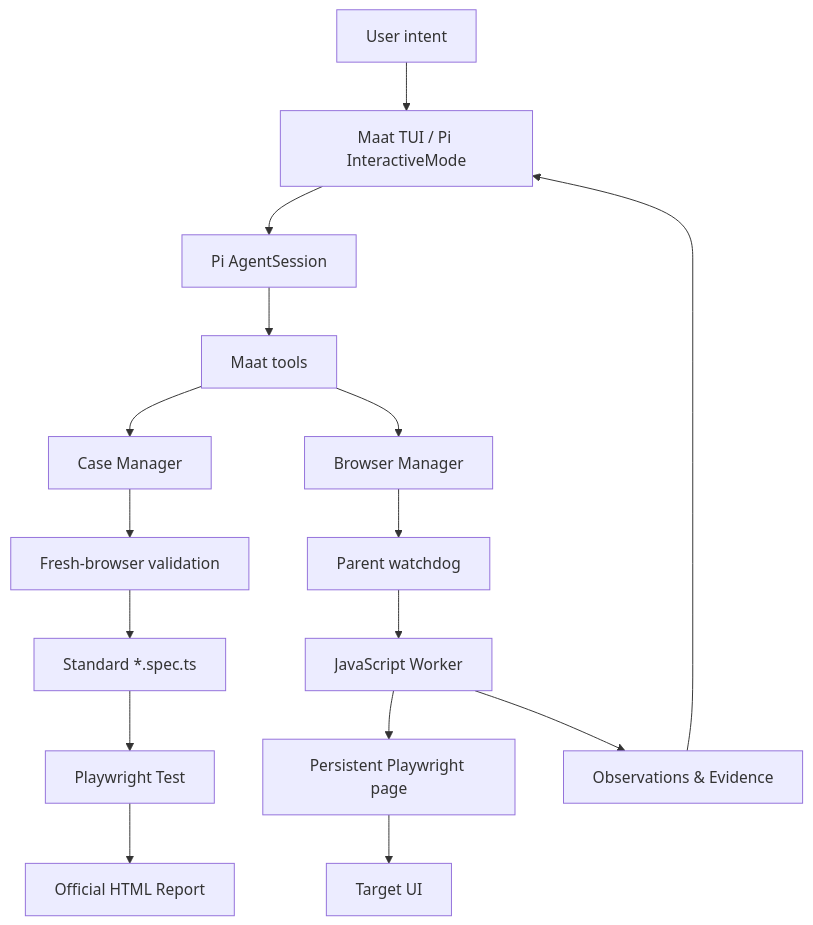
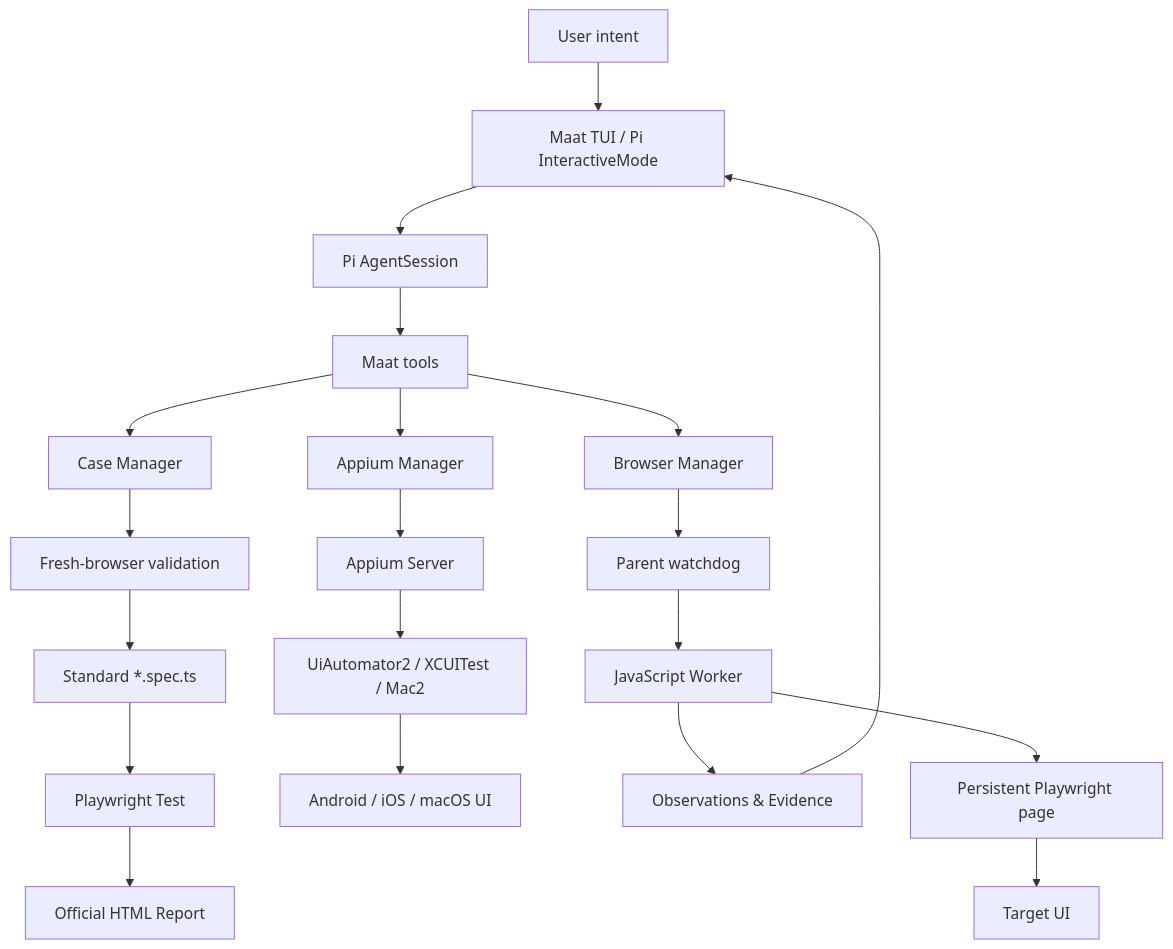
The second of 2 diagrams in README.md (houlianpi/Maat), drawn with Mermaid before and after one commit. The commit also changed other lines of this file and 21 other files, not shown here.

Commit message:
feat: add Appium native UI adapter

````diff
--- a/README.md
+++ b/README.md
@@ -247,18 +290,22 @@
 ```mermaid
 flowchart TD
     User[User intent] --> TUI[Maat TUI / Pi InteractiveMode]
     TUI --> Session[Pi AgentSession]
     Session --> Tools[Maat tools]
     Tools --> CaseManager[Case Manager]
     Tools --> BrowserManager[Browser Manager]
+    Tools --> AppiumManager[Appium Manager]
     BrowserManager --> Parent[Parent watchdog]
     Parent --> Worker[JavaScript Worker]
     Worker --> Playwright[Persistent Playwright page]
     Playwright --> UI[Target UI]
+    AppiumManager --> AppiumServer[Appium Server]
+    AppiumServer --> Drivers[UiAutomator2 / XCUITest / Mac2]
+    Drivers --> NativeUI[Android / iOS / macOS UI]
     Worker --> Evidence[Observations & Evidence]
     Evidence --> TUI
     CaseManager --> Validation[Fresh-browser validation]
     Validation --> Spec[Standard *.spec.ts]
     Spec --> Runner[Playwright Test]
     Runner --> Report[Official HTML Report]
 ```
````
